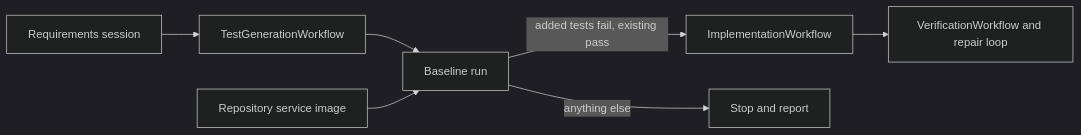
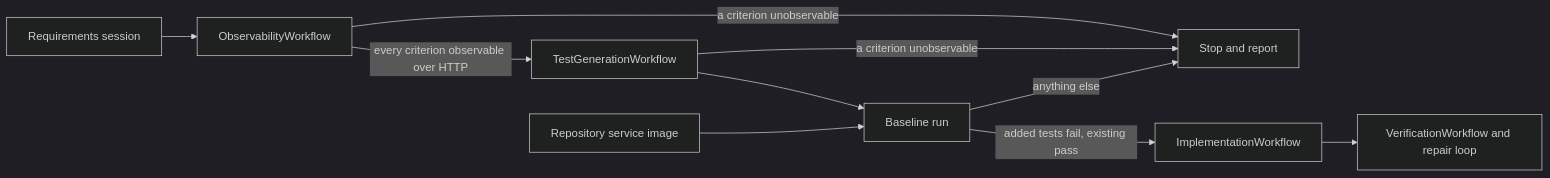
One commit to zikasak/temporal-SDLC changed the third of 4 diagrams in docs/service-implementation.md. Above: the diagram before and after it, drawn with Mermaid (dark theme). The commit also changed other lines of this file and 22 other files, not shown here.

First line of the commit message:
Route change criteria to observable test suites

````diff
--- a/docs/service-implementation.md
+++ b/docs/service-implementation.md
@@ -467,9 +469,12 @@
 ```mermaid
 flowchart LR
-    brief[Requirements session] --> tests[TestGenerationWorkflow]
+    brief[Requirements session] --> routing[ObservabilityWorkflow]
+    routing -- every criterion observable over HTTP --> tests[TestGenerationWorkflow]
+    routing -- a criterion unobservable --> stop
+    tests -- a criterion unobservable --> stop
     tests --> baseline[Baseline run]
     repository[Repository service image] --> baseline
     baseline -- added tests fail, existing pass --> fix[ImplementationWorkflow]
     baseline -- anything else --> stop[Stop and report]
     fix --> verification[VerificationWorkflow and repair loop]
 ```
````
